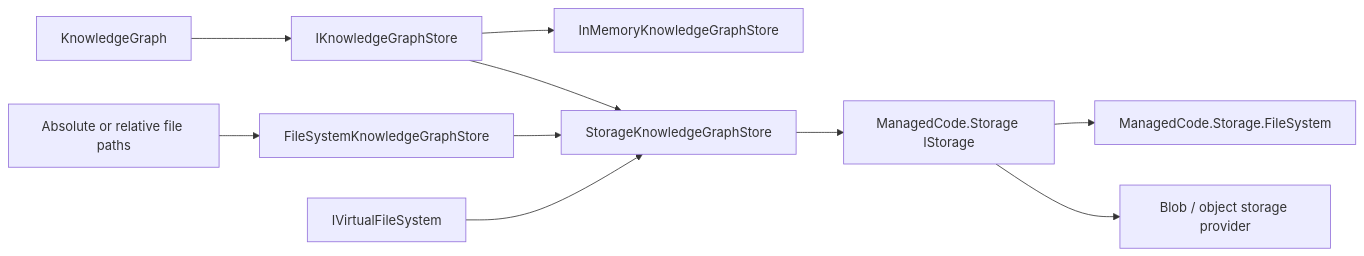
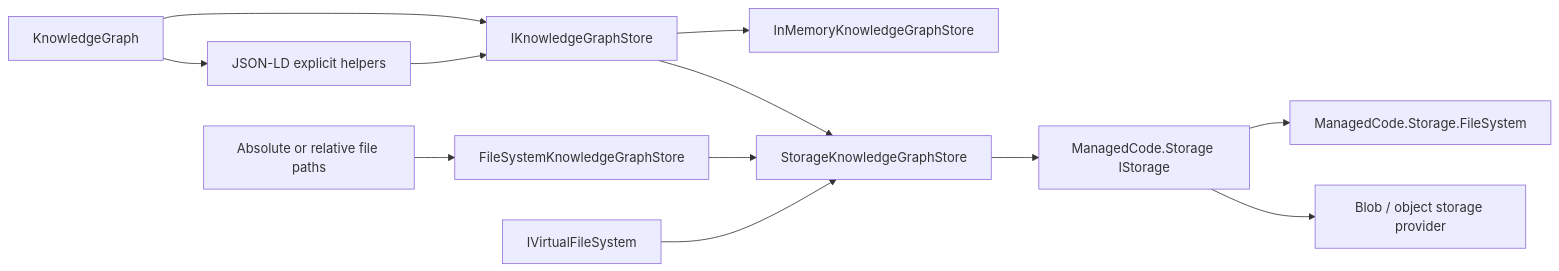
Before and after one commit to managedcode/markdown-ld-kb: the ninth of 10 diagrams in docs/Architecture.md, drawn with Mermaid. The commit also changed other lines of this file and 37 other files, not shown here.

First line of the commit message:
Add schema-aware graph production pipeline

````diff
--- a/docs/Architecture.md
+++ b/docs/Architecture.md
@@ -246,12 +307,14 @@
 ```mermaid
 flowchart LR
     Graph["KnowledgeGraph"] --> Store["IKnowledgeGraphStore"]
+    Graph --> JsonLd["JSON-LD explicit helpers"]
+    JsonLd --> Store
     Store --> Memory["InMemoryKnowledgeGraphStore"]
     Store --> Storage["StorageKnowledgeGraphStore"]
     Storage --> IStorage["ManagedCode.Storage IStorage"]
     IStorage --> FileSystem["ManagedCode.Storage.FileSystem"]
     IStorage --> Blob["Blob / object storage provider"]
     FilePaths["Absolute or relative file paths"] --> FsAdapter["FileSystemKnowledgeGraphStore"]
     FsAdapter --> Storage
     Vfs["IVirtualFileSystem"] --> Storage
 ```
````
